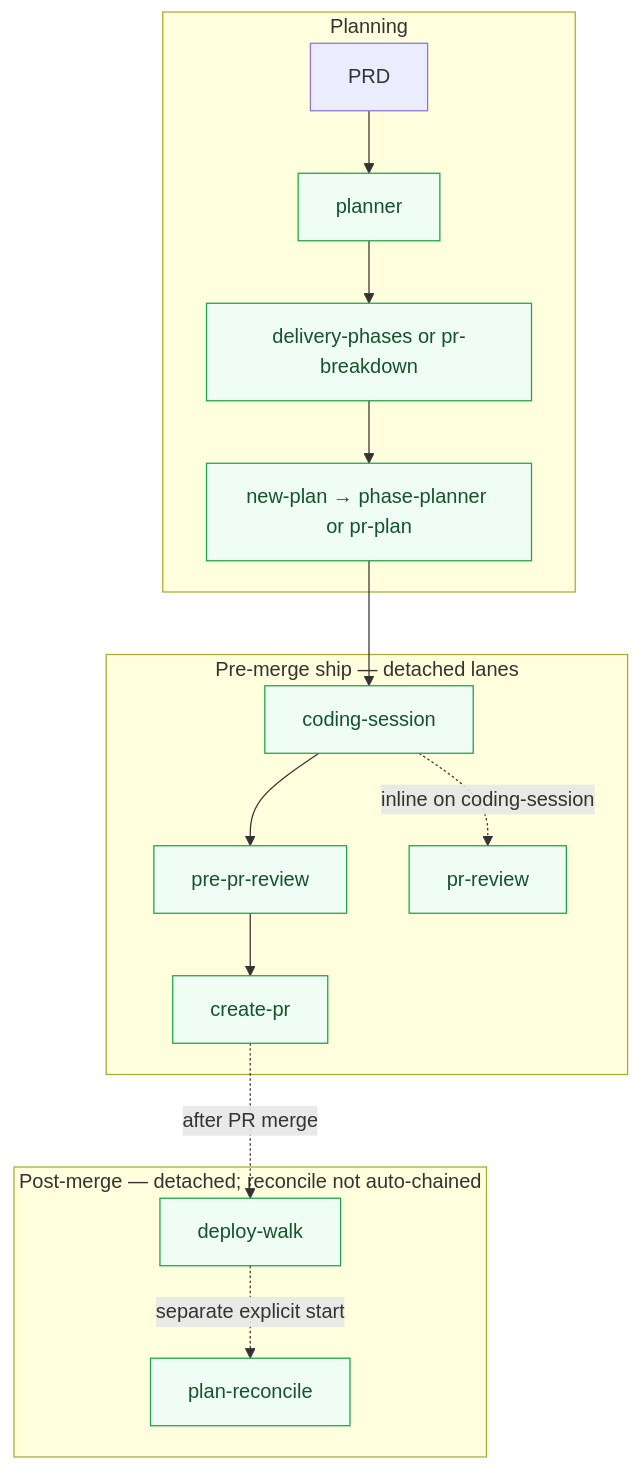
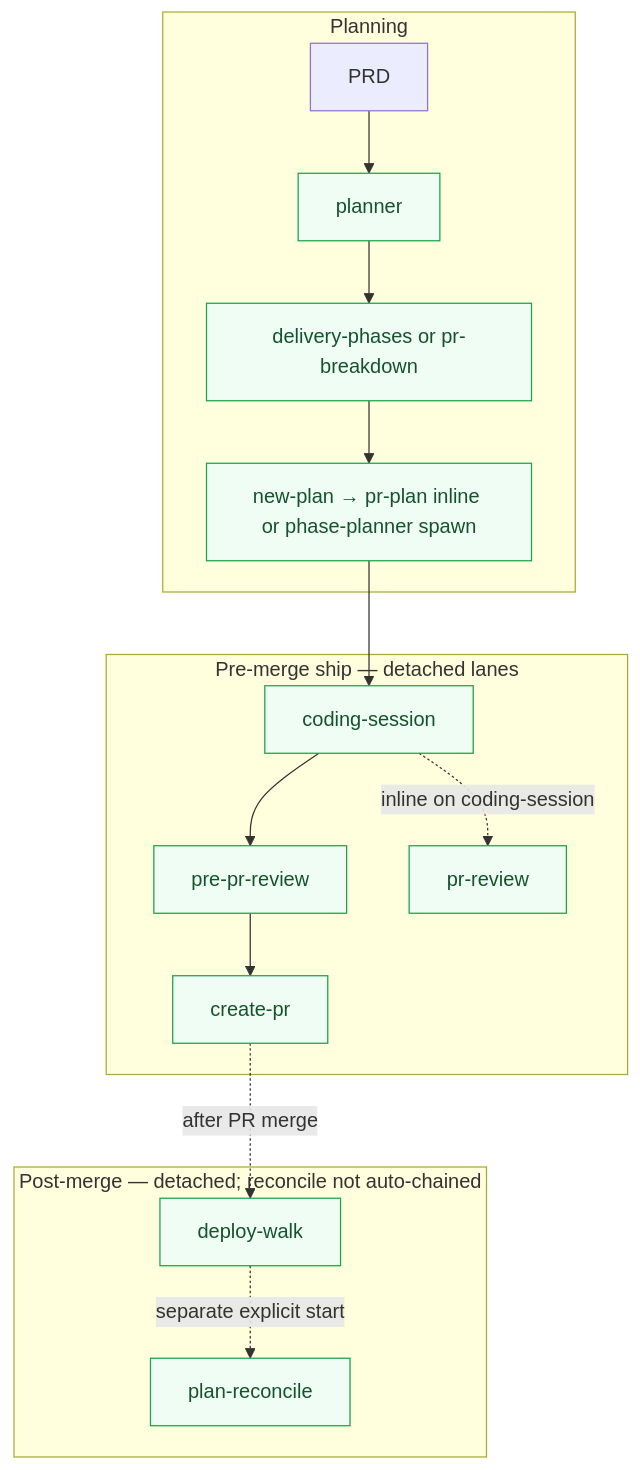
The first of 3 diagrams in missions/plan-and-deliver/plan.mdc (sedea-centers/research-and-development), drawn with Mermaid before and after one commit. The commit also changed other lines of this file and 5 other files, not shown here.

First line of the commit message:
Run pr-plan inline on the new-plan lane instead of spawning a populator.

````diff
--- a/missions/plan-and-deliver/plan.mdc
+++ b/missions/plan-and-deliver/plan.mdc
@@ -18,27 +18,27 @@
 ```mermaid
 flowchart TB
   classDef branch fill:#f0fdf4,stroke:#16a34a,color:#14532d
 
   subgraph plan["Planning"]
     PRD[PRD] --> MPB[planner]:::branch
     MPB --> DEC[delivery-phases or pr-breakdown]:::branch
-    DEC --> CHILD[new-plan → phase-planner or pr-plan]:::branch
+    DEC --> CHILD[new-plan → pr-plan inline or phase-planner spawn]:::branch
   end
 
   subgraph pre["Pre-merge ship — detached lanes"]
     CSB[coding-session]:::branch
     PPRB[pre-pr-review]:::branch
     CPRB[create-pr]:::branch
     REVB[pr-review]:::branch
     CHILD --> CSB
     CSB --> PPRB --> CPRB
     CSB -.->|inline on coding-session| REVB
   end
 
   subgraph post["Post-merge — detached; reconcile not auto-chained"]
     DWB[deploy-walk]:::branch
     RECB[plan-reconcile]:::branch
     CPRB -.->|after PR merge| DWB
     DWB -.->|separate explicit start| RECB
   end
 ```
````
